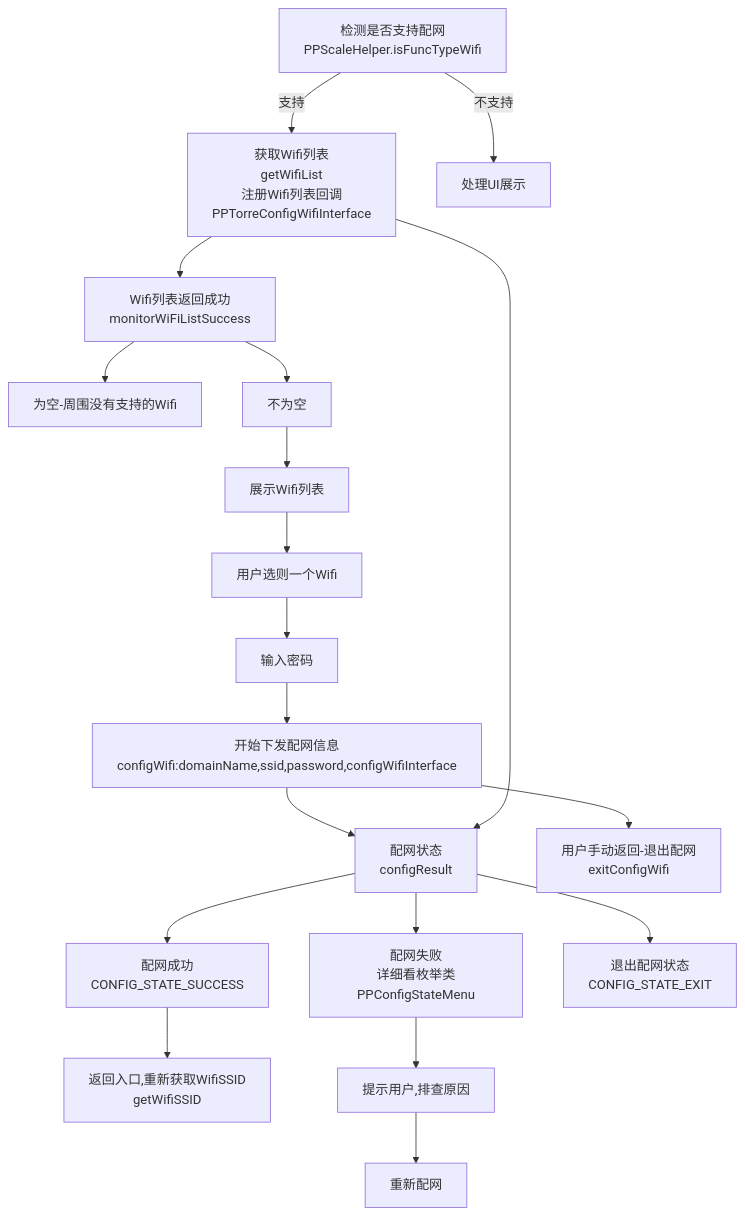
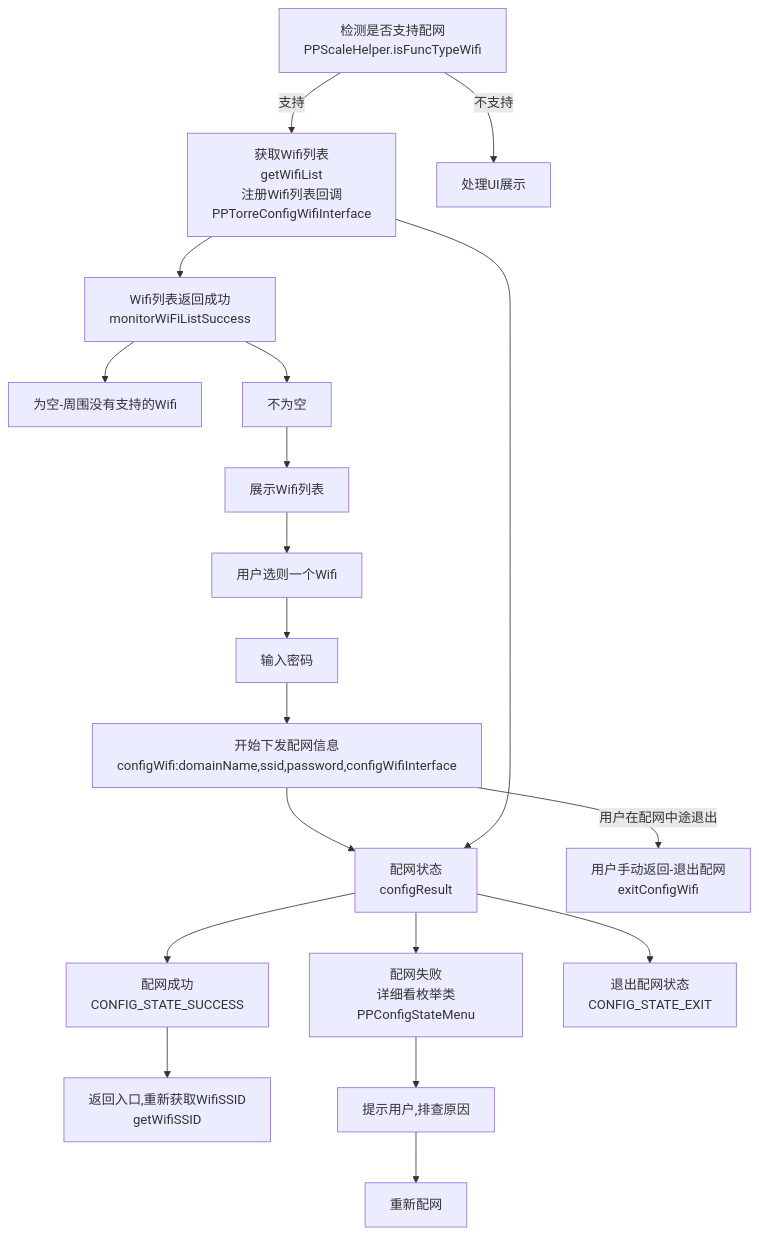
Before and after one commit to LefuHengqi/BluetoothKit-AndroidDemo: diagram 16 of 18 in README.md, drawn with Mermaid. The commit also changed other lines of this file, not shown here.

````diff
--- a/README.md
+++ b/README.md
@@ -536,13 +730,13 @@
 ```mermaid  
 graph TD  
 A[检测是否支持配网<br>PPScaleHelper.isFuncTypeWifi]--支持-->A1[获取Wifi列表<br>getWifiList<br>注册Wifi列表回调<br>PPTorreConfigWifiInterface]
 A--不支持-->A2[处理UI展示]
 A1-->B1[Wifi列表返回成功<br>monitorWiFiListSuccess]-->B2[为空-周围没有支持的Wifi]
 B1-->B3[不为空]-->B4[展示Wifi列表]-->B5[用户选则一个Wifi]-->B6[输入密码]
 B6-->D[开始下发配网信息<br>configWifi:domainName,ssid,password,configWifiInterface]-->C
-D-->E[用户手动返回-退出配网<br>exitConfigWifi]
+D--用户在配网中途退出-->E[用户手动返回-退出配网<br>exitConfigWifi]
 A1-->C[配网状态<br>configResult]
 C-->C1[配网成功<br>CONFIG_STATE_SUCCESS]-->C11[返回入口,重新获取WifiSSID<br>getWifiSSID]
 C-->C2[配网失败<br>详细看枚举类PPConfigStateMenu]-->C21[提示用户,排查原因]-->C22[重新配网]
 C-->C3[退出配网状态<br>CONFIG_STATE_EXIT]
 ```
````
